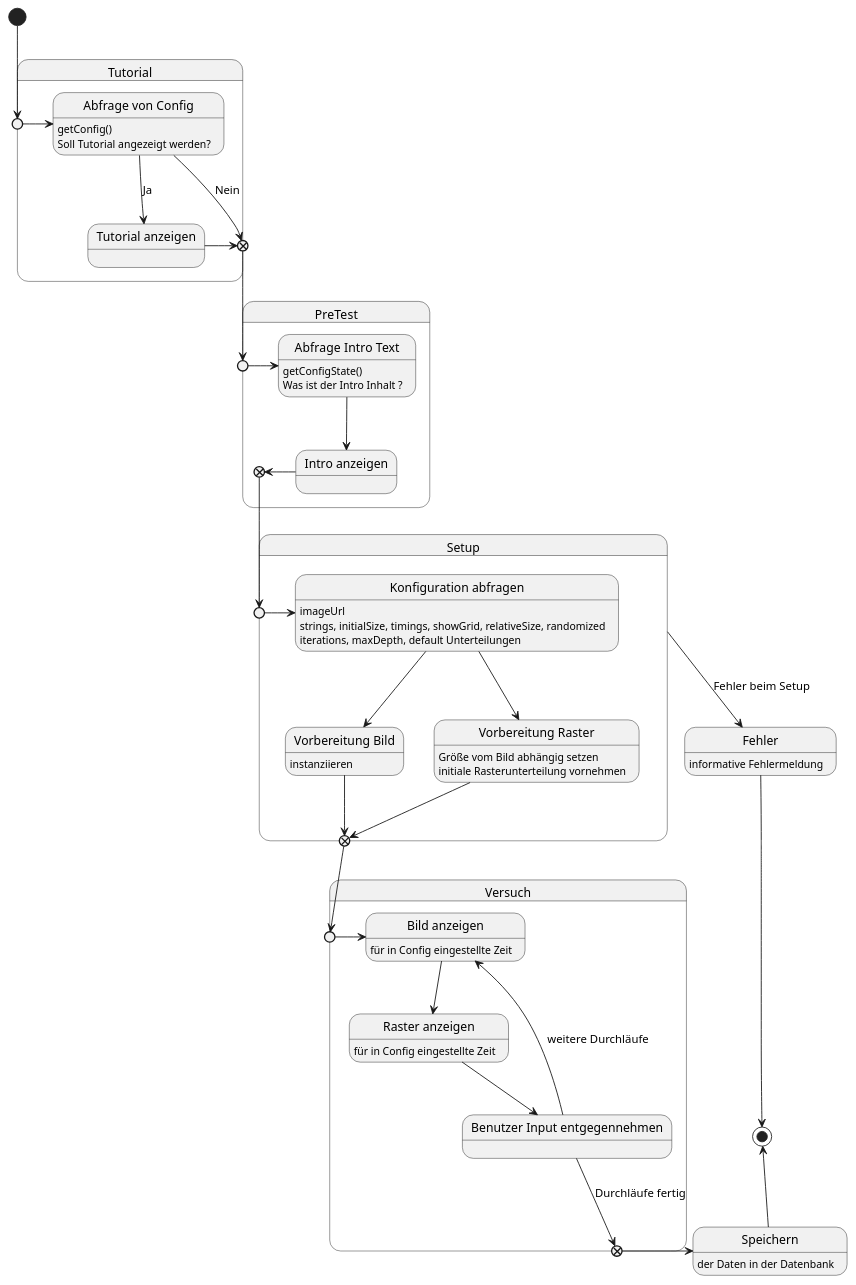
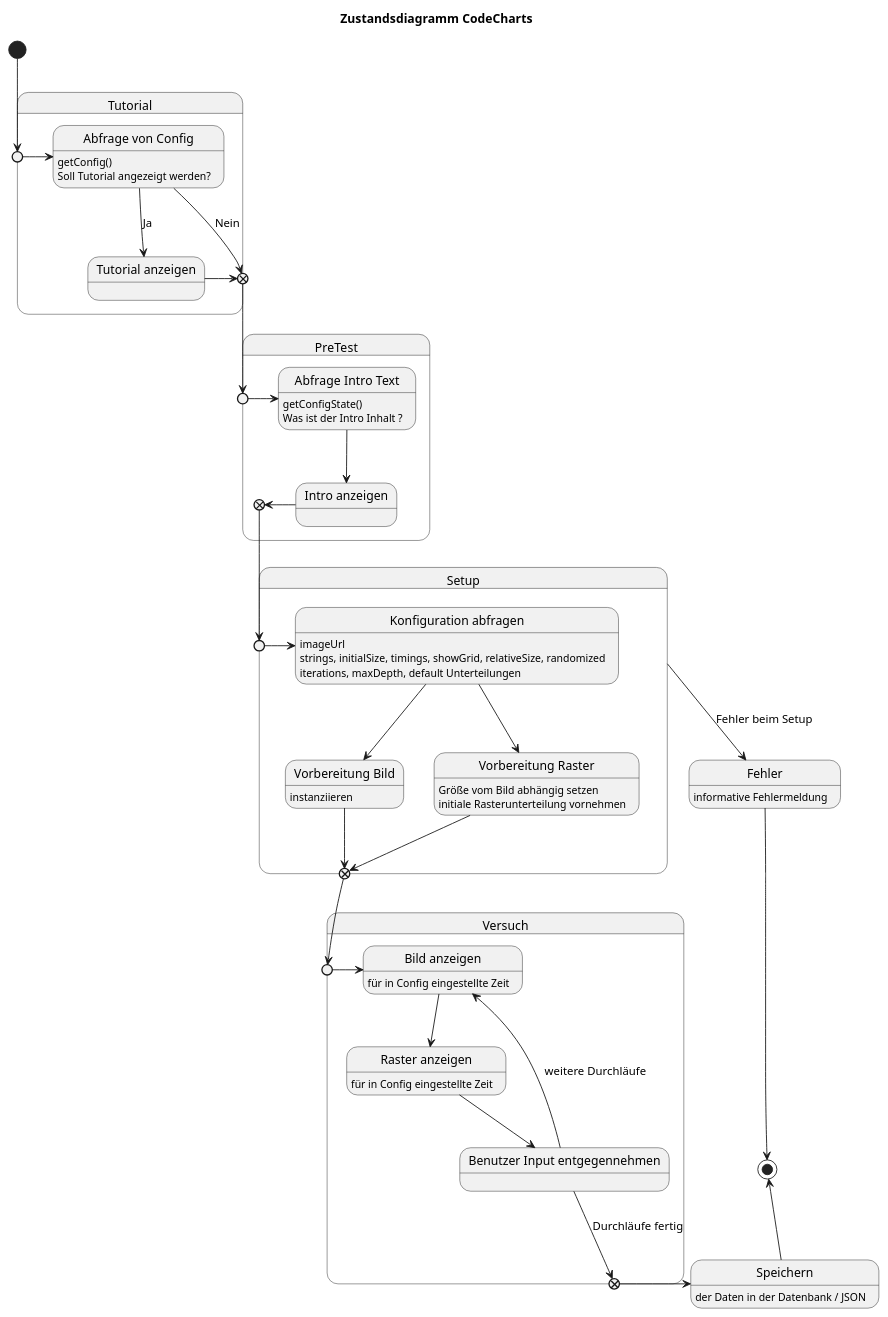
One commit to weichware-10/dokumente changed the diagram in uml-state/codecharts/zustand-codecharts.puml. Above: the diagram before and after it, drawn with PlantUML. The commit also changed 1 other file, not shown here.

```diff
--- a/uml-state/codecharts/zustand-codecharts.puml
+++ b/uml-state/codecharts/zustand-codecharts.puml
@@ -1,67 +1,68 @@
 @startuml codecharts
+title Zustandsdiagramm CodeCharts
 state "Fehler" as err : informative Fehlermeldung
-state Speichern : der Daten in der Datenbank
+state Speichern : der Daten in der Datenbank / JSON
 
 state "Tutorial" as t {
     state " " as tnp <<entryPoint>>
     state " " as txp <<exitPoint>>
     state "Abfrage von Config" as ac : getConfig()\nSoll Tutorial angezeigt werden?
     state "Tutorial anzeigen" as ta
     tnp -l-> ac
     ac --> ta : Ja
     ac --> txp : Nein
     ta -r-> txp
 }
 
 state "PreTest" as p {
     state " " as pnp <<entryPoint>>
     state " " as pxp <<exitPoint>>
     state "Abfrage Intro Text" as it : getConfigState()\nWas ist der Intro Inhalt ?
     state "Intro anzeigen" as ia
     pnp -l-> it
     it --> ia
     ia -r-> pxp
 }
 
 state "Setup" as s {
     state " " as snp <<entryPoint>>
     state " " as sxp <<exitPoint>>
     state "Konfiguration abfragen" as ka : imageUrl
     ka : strings, initialSize, timings, showGrid, relativeSize, randomized
     ka: iterations, maxDepth, default Unterteilungen
     state "Vorbereitung Bild" as vb : instanziieren
     state "Vorbereitung Raster" as vr : Größe vom Bild abhängig setzen
     vr : initiale Rasterunterteilung vornehmen
     snp -l-> ka
     ka --> vb
     ka --> vr
     vr -d-> sxp
     vb -d-> sxp
 }
 
 
 state "Versuch" as v {
     state " " as vnp <<entryPoint>>
     state " " as vxp <<exitPoint>>
     state "Bild anzeigen" as ba : für in Config eingestellte Zeit
     state "Raster anzeigen" as ra : für in Config eingestellte Zeit
     state "Benutzer Input entgegennehmen" as bi
     vnp -l-> ba
     ba --> ra
     ra --> bi
     bi --> ba : weitere Durchläufe
     bi --> vxp : Durchläufe fertig
 }
 
 s --> err : Fehler beim Setup
 [*] --> tnp
 
 txp --> pnp
 pxp --> snp
 sxp --> vnp
 vxp -r-> Speichern
 
 Speichern -u-> [*]
 err -d-> [*]
 
 @enduml
```
